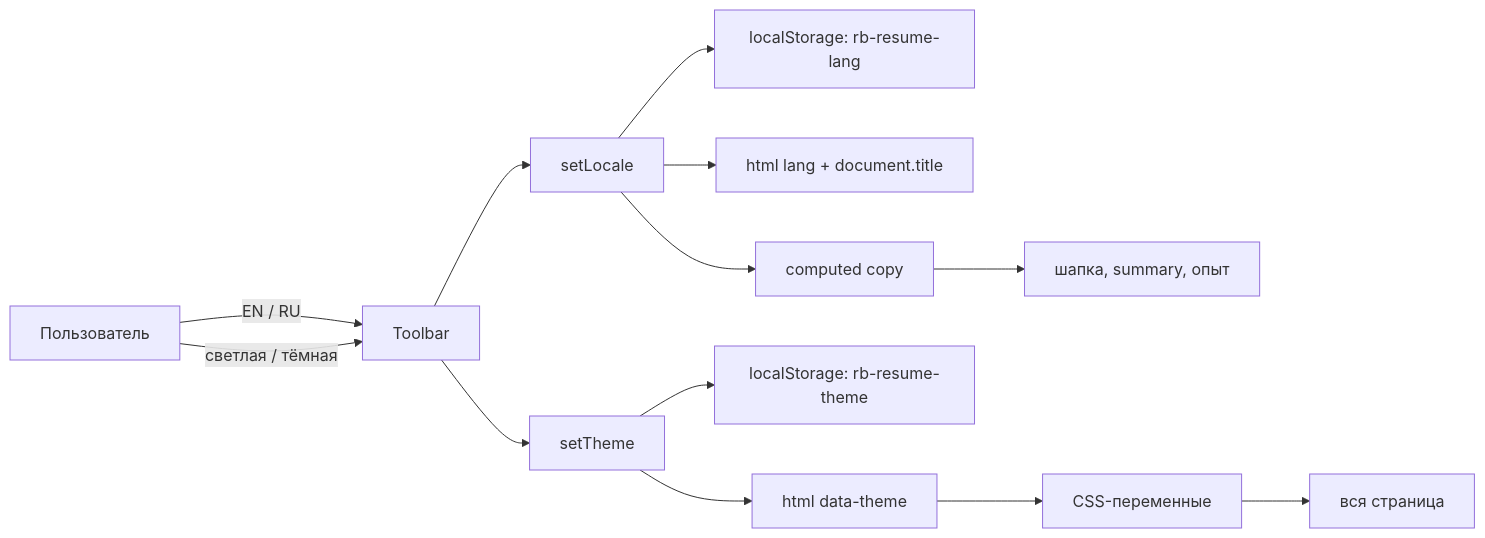
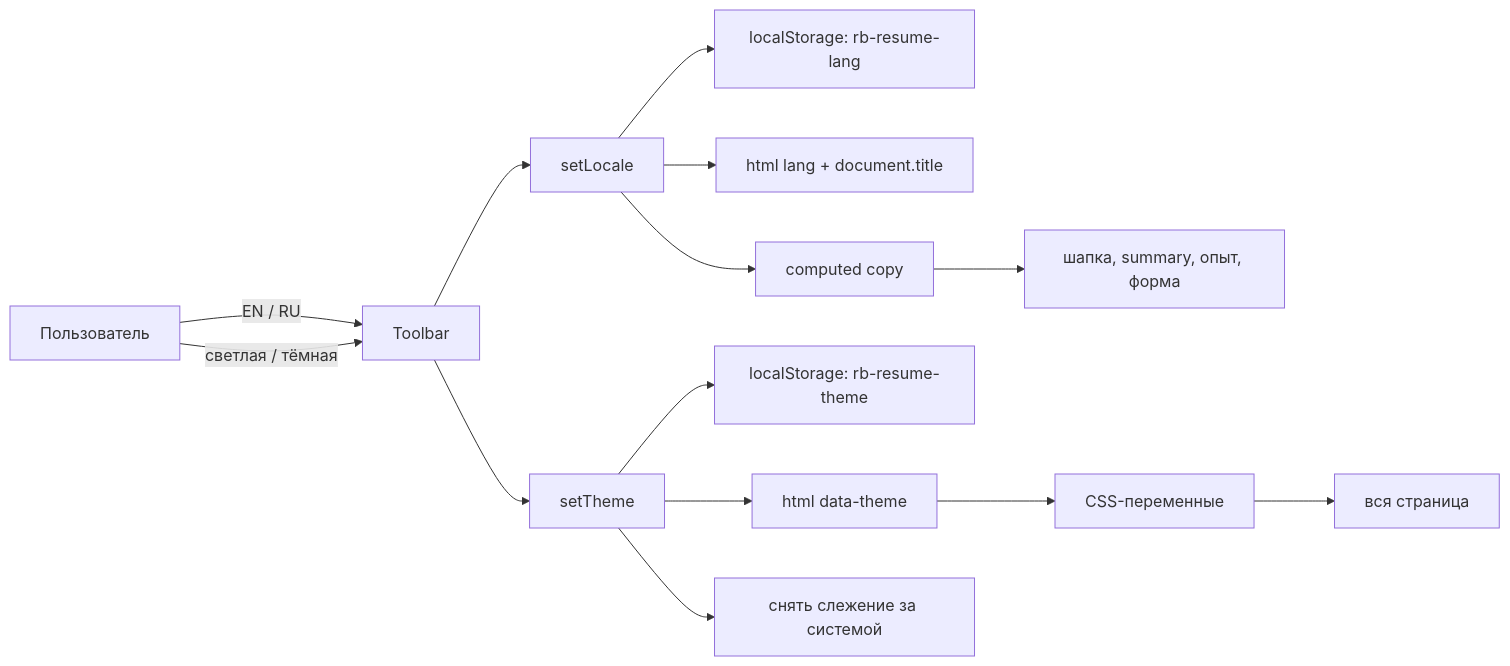
The second of 2 diagrams in README.md (rbarakhvostov/rbarakhvostov-cv-vue), drawn with Mermaid before and after one commit. The commit also changed other lines of this file, not shown here.

First line of the commit message:
document the feedback form and system theme in the readme

````diff
--- a/README.md
+++ b/README.md
@@ -138,19 +165,20 @@
 ```mermaid
 flowchart LR
   User["Пользователь"] -->|"EN / RU"| Toolbar
   User -->|"светлая / тёмная"| Toolbar
 
   Toolbar --> setLocale["setLocale"]
   Toolbar --> setTheme["setTheme"]
 
   setLocale --> LS1["localStorage: rb-resume-lang"]
   setLocale --> HtmlLang["html lang + document.title"]
   setLocale --> Copy["computed copy"]
 
   setTheme --> LS2["localStorage: rb-resume-theme"]
   setTheme --> HtmlTheme["html data-theme"]
+  setTheme --> Unwatch["снять слежение за системой"]
   HtmlTheme --> Tokens["CSS-переменные"]
 
-  Copy --> Header["шапка, summary, опыт"]
+  Copy --> Header["шапка, summary, опыт, форма"]
   Tokens --> Page["вся страница"]
 ```
````
